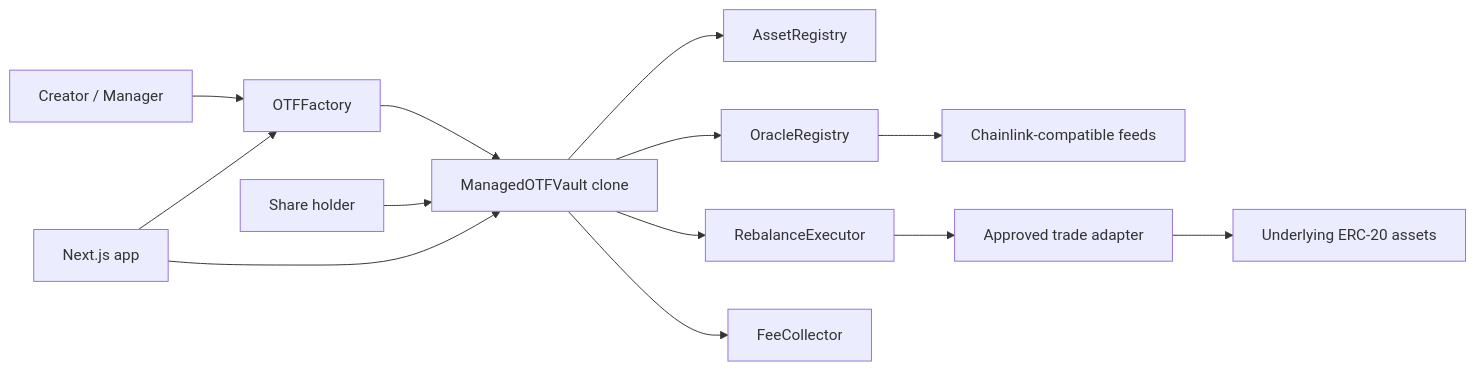
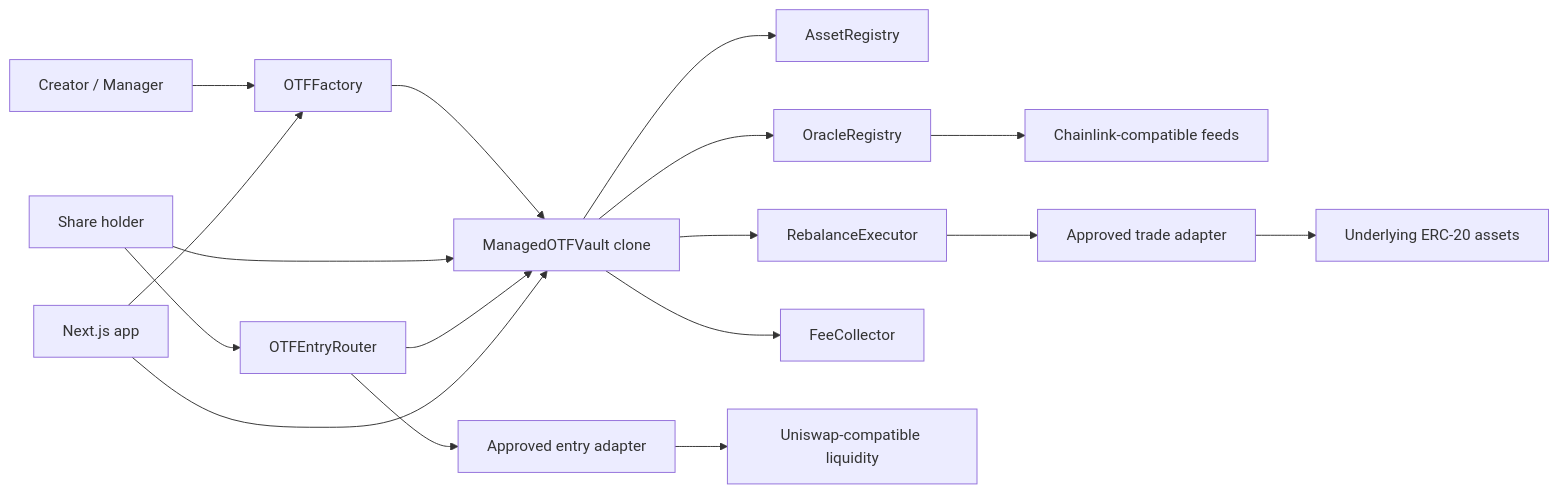
The diagram in README.md (han1ue/onchaintradedfunds), drawn with Mermaid before and after one commit. The commit also changed other lines of this file and 13 other files, not shown here.

````diff
--- a/README.md
+++ b/README.md
@@ -62,15 +63,19 @@
 ```mermaid
 flowchart LR
   Creator[Creator / Manager] --> Factory[OTFFactory]
   Factory --> Clone[ManagedOTFVault clone]
   Clone --> Registry[AssetRegistry]
   Clone --> OracleRegistry[OracleRegistry]
   OracleRegistry --> Feeds[Chainlink-compatible feeds]
   Clone --> Executor[RebalanceExecutor]
   Executor --> Adapter[Approved trade adapter]
   Adapter --> Tokens[Underlying ERC-20 assets]
   Clone --> Collector[FeeCollector]
   User[Share holder] --> Clone
+  User --> EntryRouter[OTFEntryRouter]
+  EntryRouter --> EntryAdapter[Approved entry adapter]
+  EntryAdapter --> Liquidity[Uniswap-compatible liquidity]
+  EntryRouter --> Clone
   App[Next.js app] --> Factory
   App --> Clone
 ```
````
